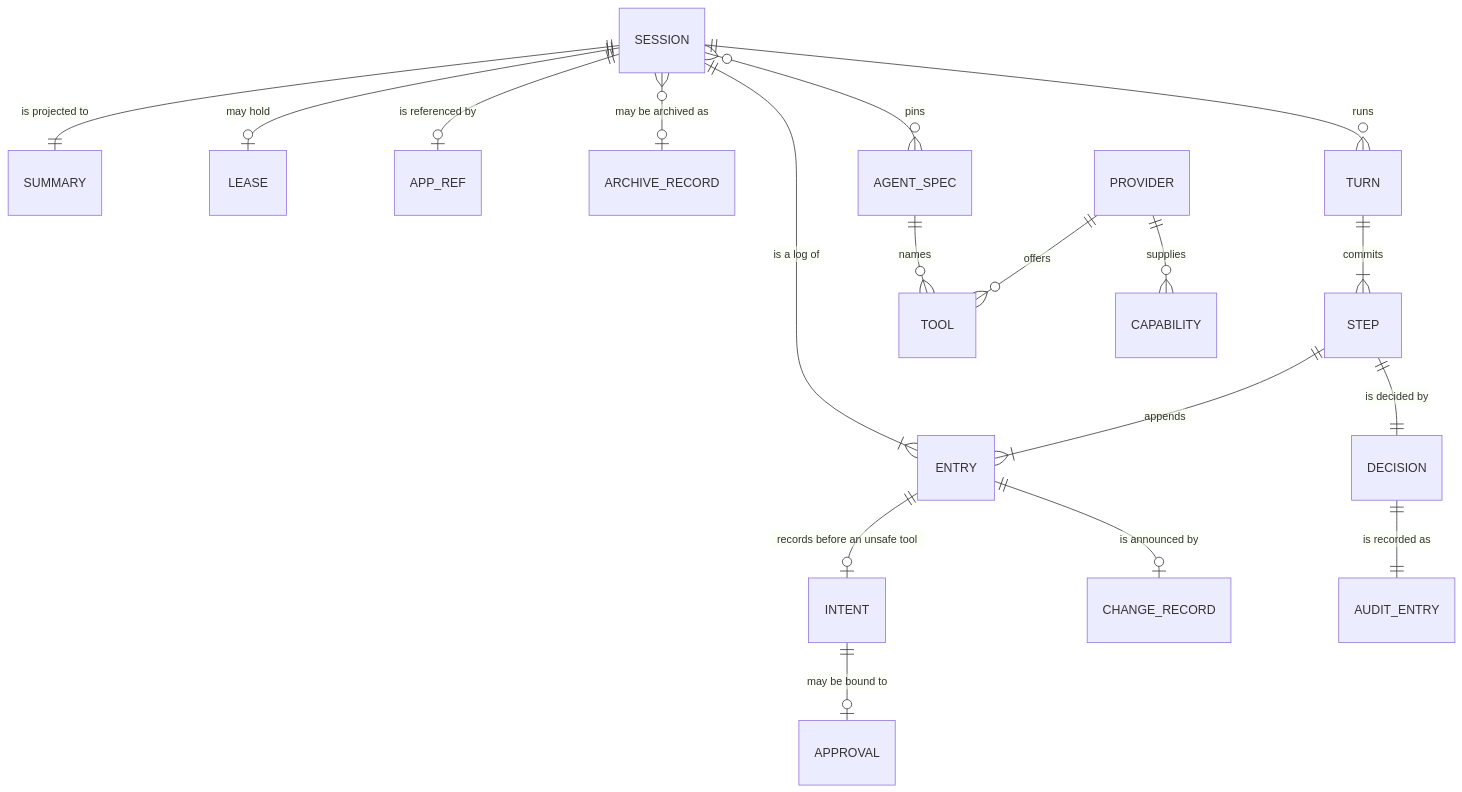
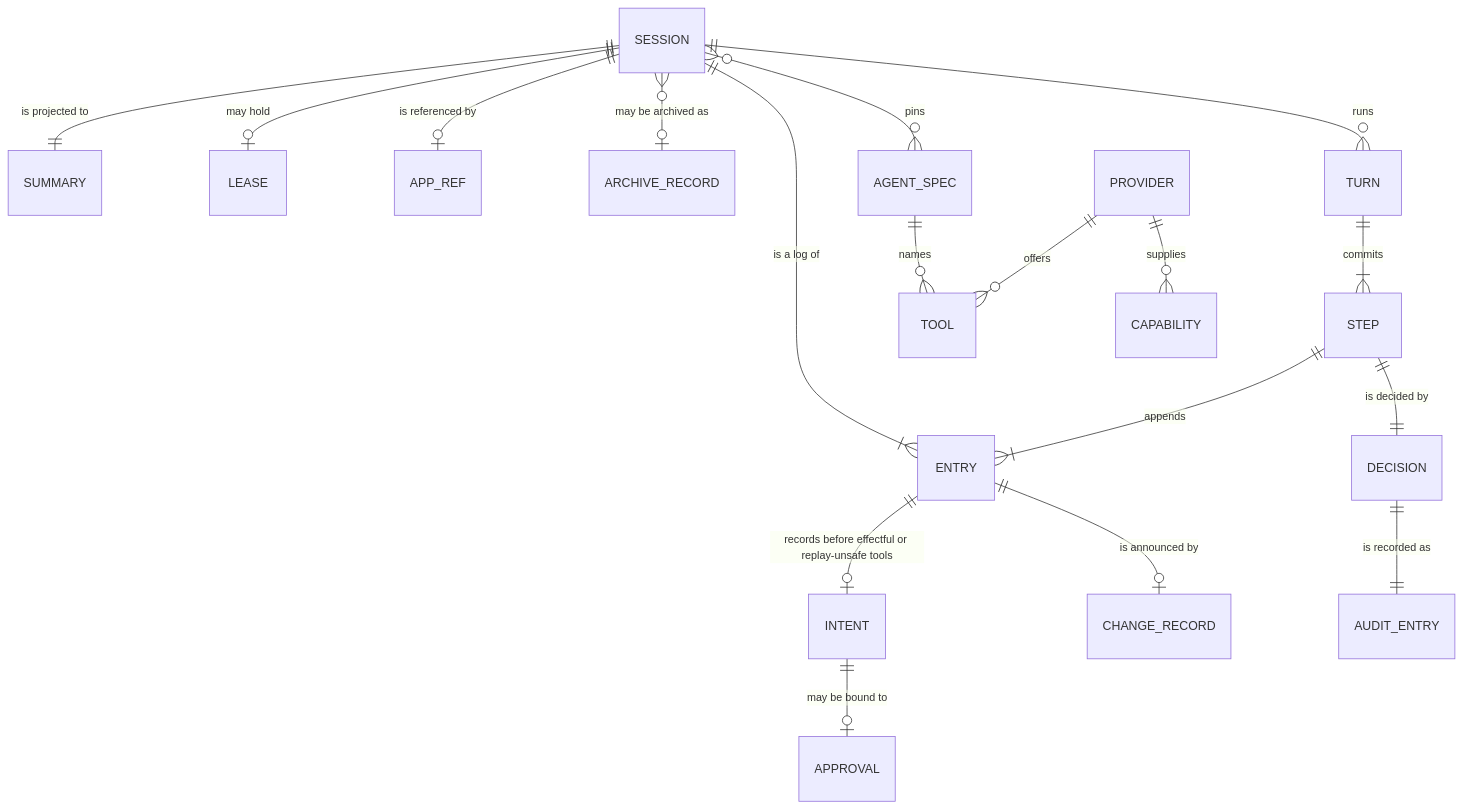
The first of 2 diagrams in docs/helix/02-design/solution-designs/SD-001-tether-library-design-and-build-plan.md (DocumentDrivenDX/tether), drawn with Mermaid before and after one commit. The commit also changed other lines of this file and 121 other files, not shown here.

````diff
--- a/docs/helix/02-design/solution-designs/SD-001-tether-library-design-and-build-plan.md
+++ b/docs/helix/02-design/solution-designs/SD-001-tether-library-design-and-build-plan.md
@@ -128,20 +135,20 @@
 ```mermaid
 erDiagram
     SESSION ||--|{ ENTRY : "is a log of"
     SESSION ||--|| SUMMARY : "is projected to"
     SESSION ||--o| LEASE : "may hold"
     SESSION ||--o| APP_REF : "is referenced by"
     SESSION }o--o| ARCHIVE_RECORD : "may be archived as"
-    ENTRY ||--o| INTENT : "records before an unsafe tool"
+    ENTRY ||--o| INTENT : "records before effectful or replay-unsafe tools"
     INTENT ||--o| APPROVAL : "may be bound to"
     SESSION ||--o{ TURN : "runs"
     TURN ||--|{ STEP : "commits"
     STEP ||--|{ ENTRY : "appends"
     ENTRY ||--o| CHANGE_RECORD : "is announced by"
     SESSION }o--o{ AGENT_SPEC : "pins"
     AGENT_SPEC ||--o{ TOOL : "names"
     PROVIDER ||--o{ TOOL : "offers"
     PROVIDER ||--o{ CAPABILITY : "supplies"
     STEP ||--|| DECISION : "is decided by"
     DECISION ||--|| AUDIT_ENTRY : "is recorded as"
 ```
````
